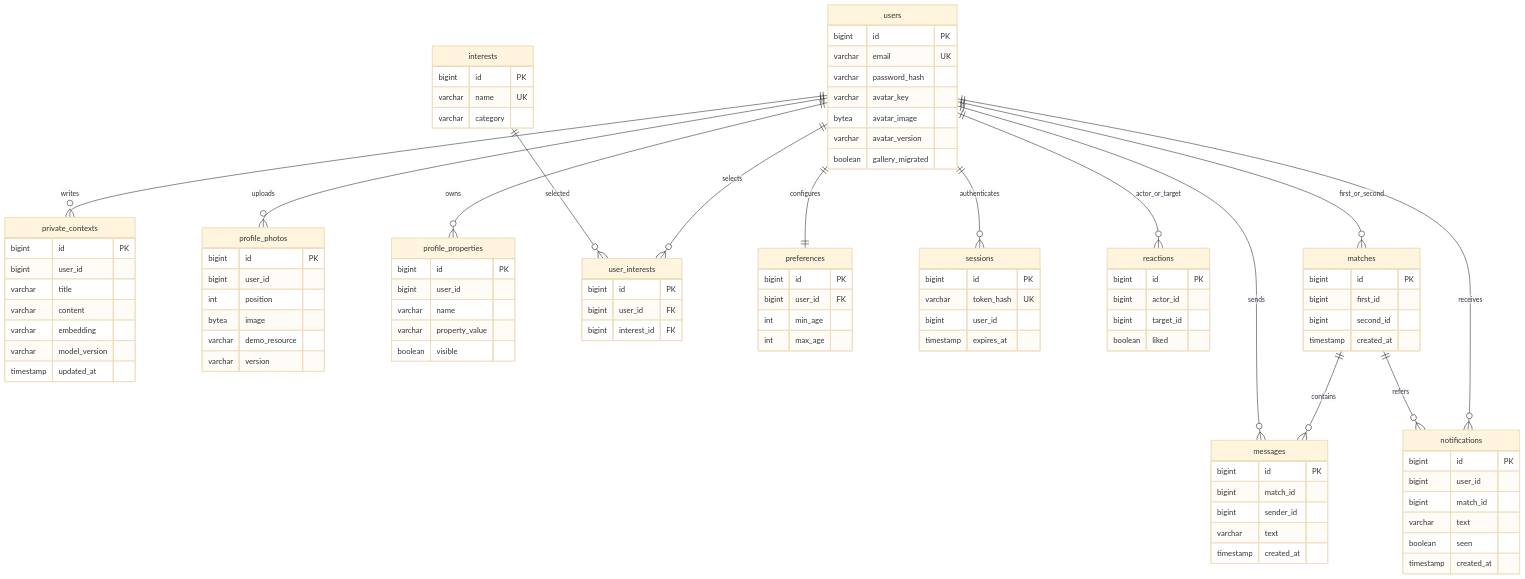
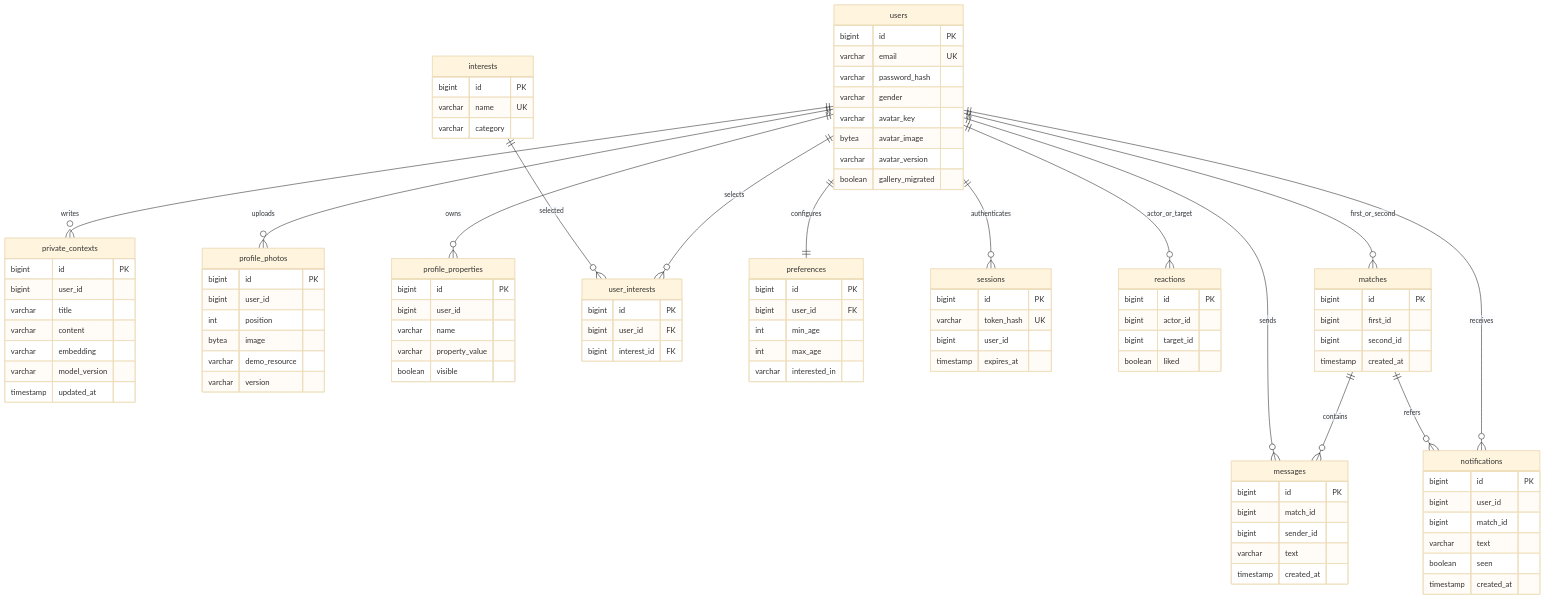
The diagram in diagrams/ERD.md (SMART-DATING/nexus-docs), drawn with Mermaid (base theme) before and after one commit. The commit also changed 5 other files, not shown here.

```diff
--- a/diagrams/ERD.md
+++ b/diagrams/ERD.md
@@ -19,6 +19,7 @@
     bigint id PK
     varchar email UK
     varchar password_hash
+    varchar gender
     varchar avatar_key
     bytea avatar_image
     varchar avatar_version
@@ -63,6 +64,7 @@
     bigint user_id FK
     int min_age
     int max_age
+    varchar interested_in
   }
   reactions {
     bigint id PK
```
